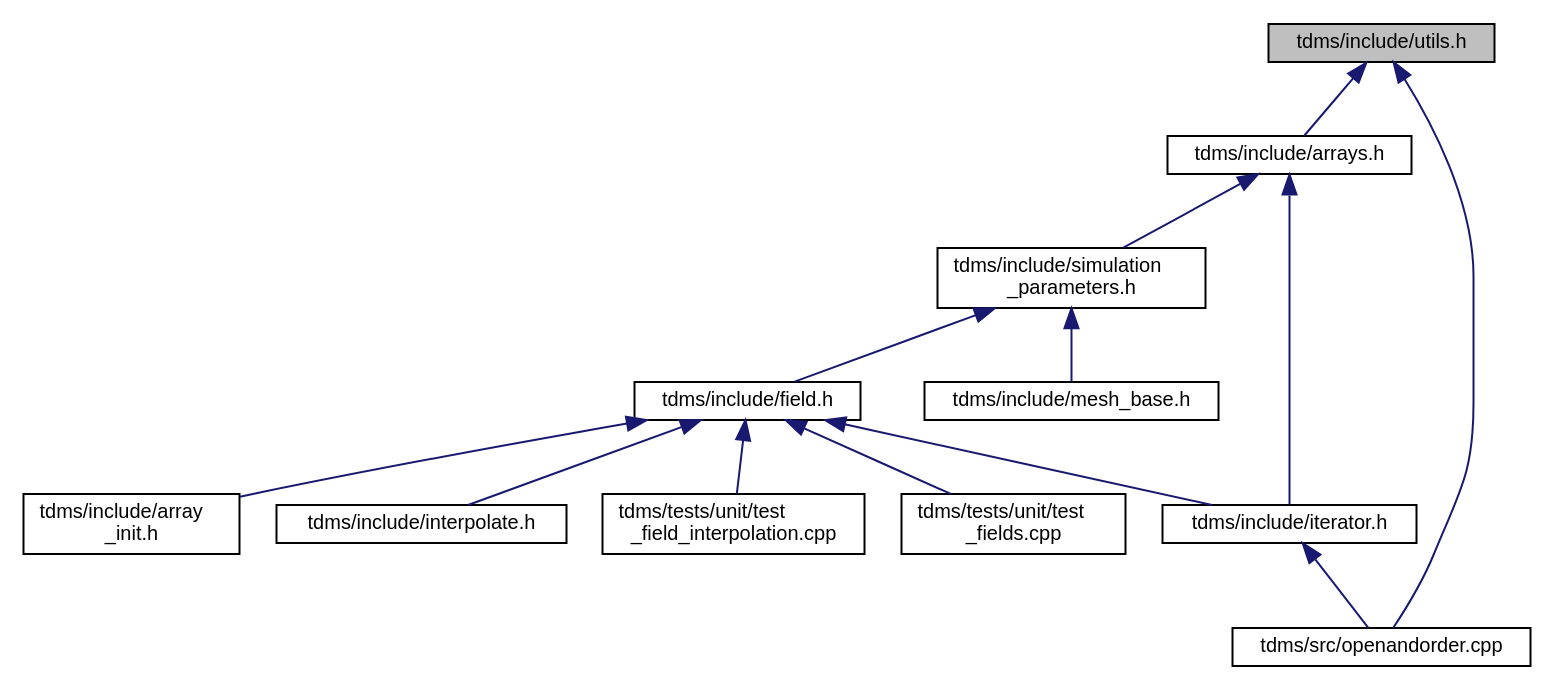
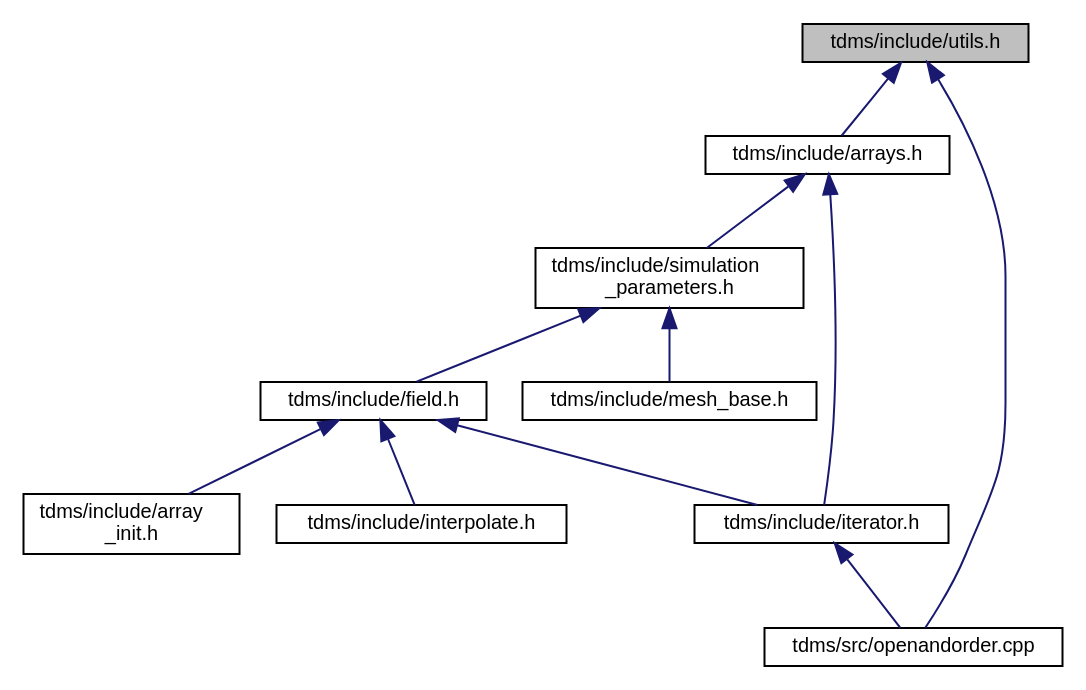
One commit to UCL/TDMS changed the diagram in utils_8h__dep__incl.dot. Above: the diagram before and after it, drawn with Graphviz. The commit also changed 101 other files, not shown here.

```diff
--- a/utils_8h__dep__incl.dot
+++ b/utils_8h__dep__incl.dot
@@ -1,29 +1,25 @@
 digraph "tdms/include/utils.h"
 {
  // LATEX_PDF_SIZE
   edge [fontname="Helvetica",fontsize="10",labelfontname="Helvetica",labelfontsize="10"];
   node [fontname="Helvetica",fontsize="10",shape=record];
   Node1 [label="tdms/include/utils.h",height=0.2,width=0.4,color="black", fillcolor="grey75", style="filled", fontcolor="black",tooltip="Useful miscellaneous utility functions."];
   Node1 -> Node2 [dir="back",color="midnightblue",fontsize="10",style="solid",fontname="Helvetica"];
   Node2 [label="tdms/include/arrays.h",height=0.2,width=0.4,color="black", fillcolor="white", style="filled",URL="$arrays_8h.html",tooltip="Classes describing arrays, vertices etc."];
   Node2 -> Node3 [dir="back",color="midnightblue",fontsize="10",style="solid",fontname="Helvetica"];
   Node3 [label="tdms/include/simulation\l_parameters.h",height=0.2,width=0.4,color="black", fillcolor="white", style="filled",URL="$simulation__parameters_8h.html",tooltip="Classes collecting parameters for the simulation."];
   Node3 -> Node4 [dir="back",color="midnightblue",fontsize="10",style="solid",fontname="Helvetica"];
   Node4 [label="tdms/include/field.h",height=0.2,width=0.4,color="black", fillcolor="white", style="filled",URL="$field_8h.html",tooltip="Classes for the electric and magnetic (split) fields on a grid."];
   Node4 -> Node5 [dir="back",color="midnightblue",fontsize="10",style="solid",fontname="Helvetica"];
   Node5 [label="tdms/include/array\l_init.h",height=0.2,width=0.4,color="black", fillcolor="white", style="filled",URL="$array__init_8h.html",tooltip="A collection of functions for array initialisation given MATLAB pointers."];
   Node4 -> Node6 [dir="back",color="midnightblue",fontsize="10",style="solid",fontname="Helvetica"];
   Node6 [label="tdms/include/interpolate.h",height=0.2,width=0.4,color="black", fillcolor="white", style="filled",URL="$interpolate_8h.html",tooltip="Interpolation of field values within FDTD grid."];
   Node4 -> Node7 [dir="back",color="midnightblue",fontsize="10",style="solid",fontname="Helvetica"];
   Node7 [label="tdms/include/iterator.h",height=0.2,width=0.4,color="black", fillcolor="white", style="filled",URL="$iterator_8h.html",tooltip="The main time propogation algorithm."];
   Node7 -> Node8 [dir="back",color="midnightblue",fontsize="10",style="solid",fontname="Helvetica"];
   Node8 [label="tdms/src/openandorder.cpp",height=0.2,width=0.4,color="black", fillcolor="white", style="filled",URL="$openandorder_8cpp.html",tooltip="Launch and file IO."];
-  Node4 -> Node9 [dir="back",color="midnightblue",fontsize="10",style="solid",fontname="Helvetica"];
-  Node9 [label="tdms/tests/unit/test\l_field_interpolation.cpp",height=0.2,width=0.4,color="black", fillcolor="white", style="filled",URL="$test__field__interpolation_8cpp.html",tooltip="Tests interpolation of E- and H-fields and compares the errors against MATLAB benchmarks."];
-  Node4 -> Node10 [dir="back",color="midnightblue",fontsize="10",style="solid",fontname="Helvetica"];
-  Node10 [label="tdms/tests/unit/test\l_fields.cpp",height=0.2,width=0.4,color="black", fillcolor="white", style="filled",URL="$test__fields_8cpp.html",tooltip="Test of the Field class and subclasses."];
-  Node3 -> Node11 [dir="back",color="midnightblue",fontsize="10",style="solid",fontname="Helvetica"];
-  Node11 [label="tdms/include/mesh_base.h",height=0.2,width=0.4,color="black", fillcolor="white", style="filled",URL="$mesh__base_8h.html",tooltip="Generation of orientated mesh."];
+  Node3 -> Node9 [dir="back",color="midnightblue",fontsize="10",style="solid",fontname="Helvetica"];
+  Node9 [label="tdms/include/mesh_base.h",height=0.2,width=0.4,color="black", fillcolor="white", style="filled",URL="$mesh__base_8h.html",tooltip="Generation of orientated mesh."];
   Node2 -> Node7 [dir="back",color="midnightblue",fontsize="10",style="solid",fontname="Helvetica"];
   Node1 -> Node8 [dir="back",color="midnightblue",fontsize="10",style="solid",fontname="Helvetica"];
 }
```
